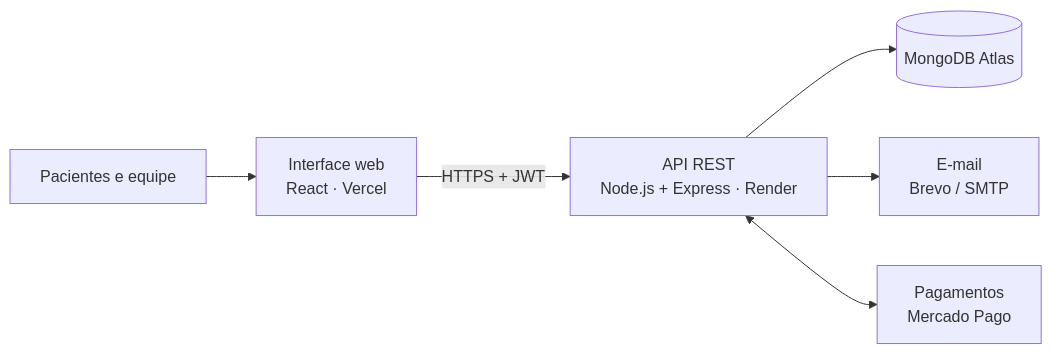
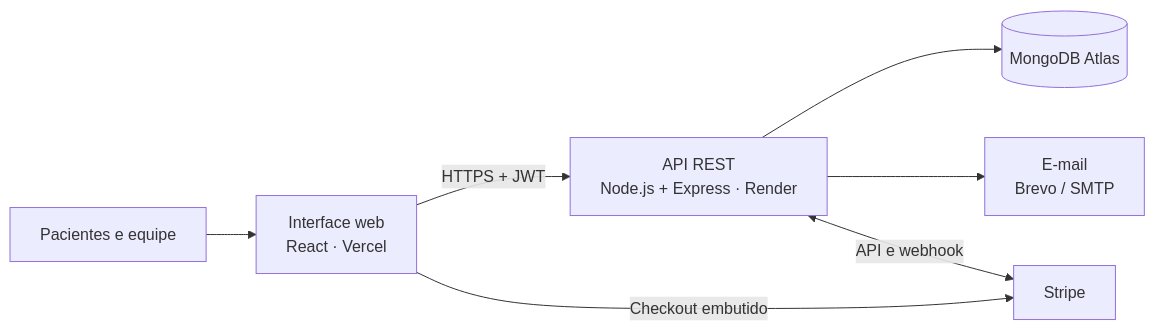
Before and after one commit to clinica-consulta/clinica-backend: the second of 5 diagrams in README.md, drawn with Mermaid. The commit also changed other lines of this file, not shown here.

````diff
--- a/README.md
+++ b/README.md
@@ -130,8 +226,9 @@
 ```mermaid
 flowchart LR
     U[Pacientes e equipe] --> F[Interface web<br/>React · Vercel]
     F -- HTTPS + JWT --> A[API REST<br/>Node.js + Express · Render]
+    F -- Checkout embutido --> S[Stripe]
     A --> D[(MongoDB Atlas)]
     A --> E[E-mail<br/>Brevo / SMTP]
-    A <--> P[Pagamentos<br/>Mercado Pago]
+    A <-- API e webhook --> S
 ```
````
